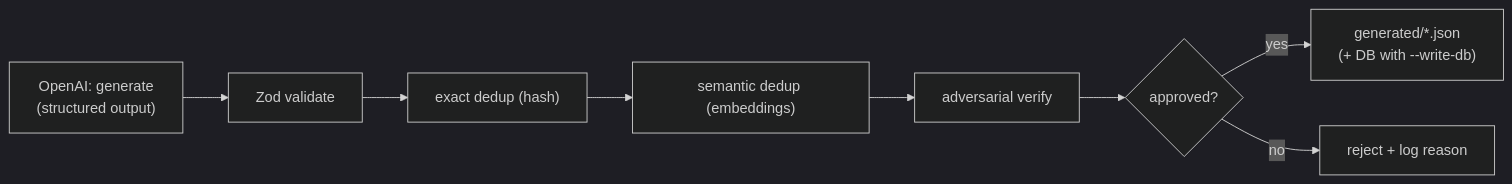
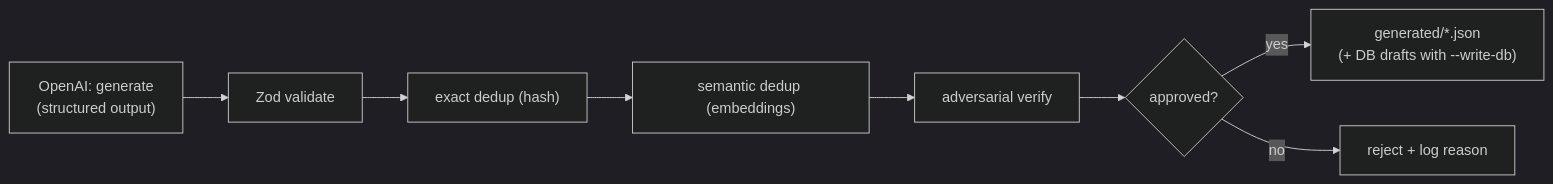
Before and after one commit to TestZucky/bug_hunter: the third of 3 diagrams in README.md, drawn with Mermaid (dark theme). The commit also changed other lines of this file and 9 other files, not shown here.

````diff
--- a/README.md
+++ b/README.md
@@ -194,10 +194,10 @@
 ```mermaid
 flowchart LR
     Gen["OpenAI: generate<br/>(structured output)"] --> Zod["Zod validate"]
     Zod --> Hash["exact dedup (hash)"]
     Hash --> Embed["semantic dedup (embeddings)"]
     Embed --> Verify["adversarial verify"]
     Verify --> Gate{approved?}
-    Gate -->|yes| Out["generated/*.json<br/>(+ DB with --write-db)"]
+    Gate -->|yes| Out["generated/*.json<br/>(+ DB drafts with --write-db)"]
     Gate -->|no| Drop["reject + log reason"]
 ```
````
